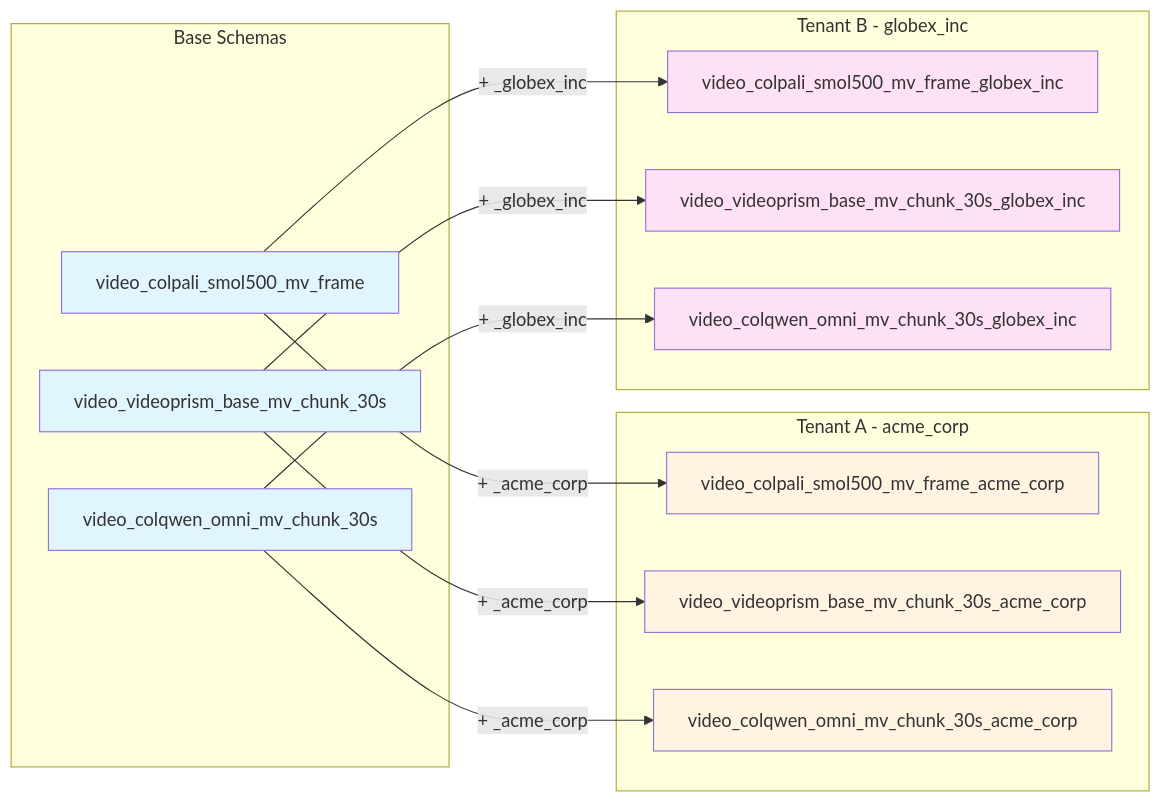
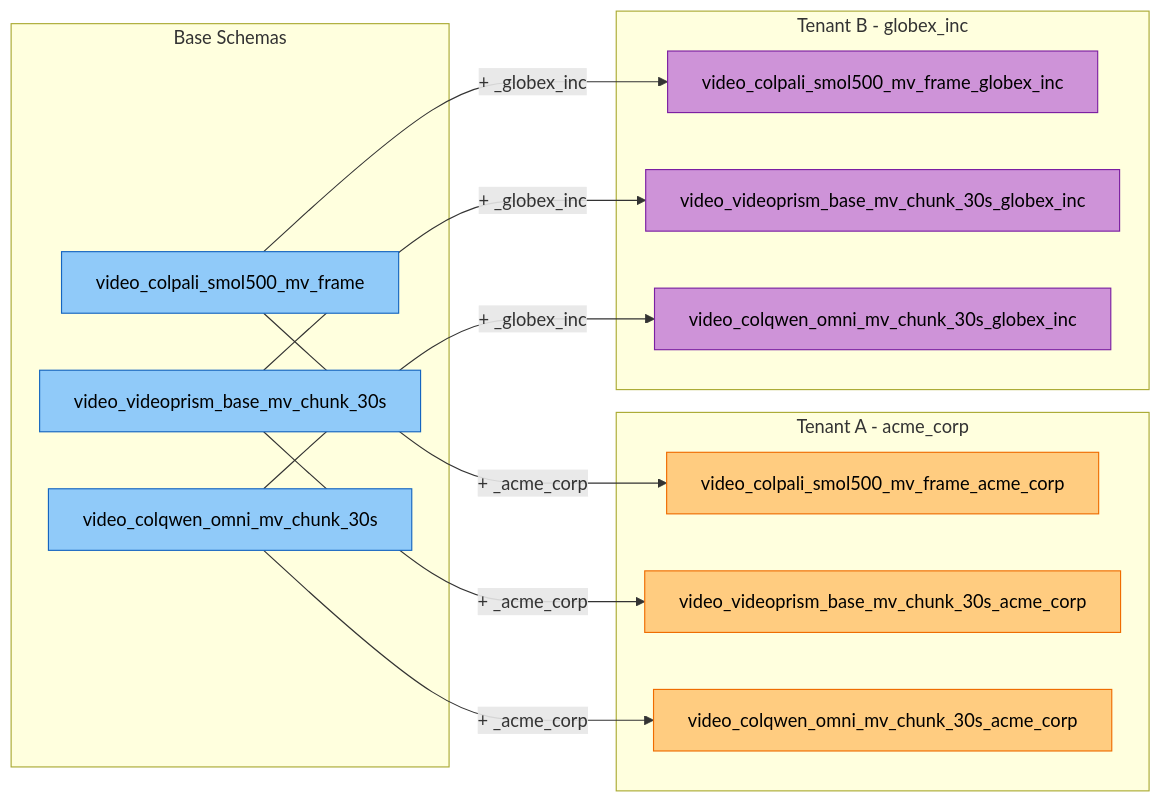
The third of 19 diagrams in docs/diagrams/multi-tenant-diagrams.md (amit-jain/cogniverse), drawn with Mermaid before and after one commit. The commit also changed other lines of this file and 83 other files, not shown here.

First line of the commit message:
Fix documentation veracity, formatting, and diagrams across all modules

````diff
--- a/docs/diagrams/multi-tenant-diagrams.md
+++ b/docs/diagrams/multi-tenant-diagrams.md
@@ -152,38 +160,38 @@
 ```mermaid
-graph LR
+flowchart LR
     subgraph "Base Schemas"
-        ColPali[video_colpali_smol500_mv_frame]
-        VideoPrism[video_videoprism_base_mv_chunk_30s]
-        ColQwen[video_colqwen_omni_mv_chunk_30s]
+        ColPali["<span style='color:#000'>video_colpali_smol500_mv_frame</span>"]
+        VideoPrism["<span style='color:#000'>video_videoprism_base_mv_chunk_30s</span>"]
+        ColQwen["<span style='color:#000'>video_colqwen_omni_mv_chunk_30s</span>"]
     end
 
     subgraph "Tenant A - acme_corp"
-        ColPaliA[video_colpali_smol500_mv_frame_acme_corp]
-        VideoPrismA[video_videoprism_base_mv_chunk_30s_acme_corp]
-        ColQwenA[video_colqwen_omni_mv_chunk_30s_acme_corp]
+        ColPaliA["<span style='color:#000'>video_colpali_smol500_mv_frame_acme_corp</span>"]
+        VideoPrismA["<span style='color:#000'>video_videoprism_base_mv_chunk_30s_acme_corp</span>"]
+        ColQwenA["<span style='color:#000'>video_colqwen_omni_mv_chunk_30s_acme_corp</span>"]
     end
 
     subgraph "Tenant B - globex_inc"
-        ColPaliB[video_colpali_smol500_mv_frame_globex_inc]
-        VideoPrismB[video_videoprism_base_mv_chunk_30s_globex_inc]
-        ColQwenB[video_colqwen_omni_mv_chunk_30s_globex_inc]
+        ColPaliB["<span style='color:#000'>video_colpali_smol500_mv_frame_globex_inc</span>"]
+        VideoPrismB["<span style='color:#000'>video_videoprism_base_mv_chunk_30s_globex_inc</span>"]
+        ColQwenB["<span style='color:#000'>video_colqwen_omni_mv_chunk_30s_globex_inc</span>"]
     end
 
     ColPali -->|+ _acme_corp| ColPaliA
     VideoPrism -->|+ _acme_corp| VideoPrismA
     ColQwen -->|+ _acme_corp| ColQwenA
 
     ColPali -->|+ _globex_inc| ColPaliB
     VideoPrism -->|+ _globex_inc| VideoPrismB
     ColQwen -->|+ _globex_inc| ColQwenB
 
-    style ColPali fill:#e1f5ff
-    style VideoPrism fill:#e1f5ff
-    style ColQwen fill:#e1f5ff
-    style ColPaliA fill:#fff4e1
-    style VideoPrismA fill:#fff4e1
-    style ColQwenA fill:#fff4e1
-    style ColPaliB fill:#ffe1f5
-    style VideoPrismB fill:#ffe1f5
-    style ColQwenB fill:#ffe1f5
+    style ColPali fill:#90caf9,stroke:#1565c0,color:#000
+    style VideoPrism fill:#90caf9,stroke:#1565c0,color:#000
+    style ColQwen fill:#90caf9,stroke:#1565c0,color:#000
+    style ColPaliA fill:#ffcc80,stroke:#ef6c00,color:#000
+    style VideoPrismA fill:#ffcc80,stroke:#ef6c00,color:#000
+    style ColQwenA fill:#ffcc80,stroke:#ef6c00,color:#000
+    style ColPaliB fill:#ce93d8,stroke:#7b1fa2,color:#000
+    style VideoPrismB fill:#ce93d8,stroke:#7b1fa2,color:#000
+    style ColQwenB fill:#ce93d8,stroke:#7b1fa2,color:#000
 ```
````
